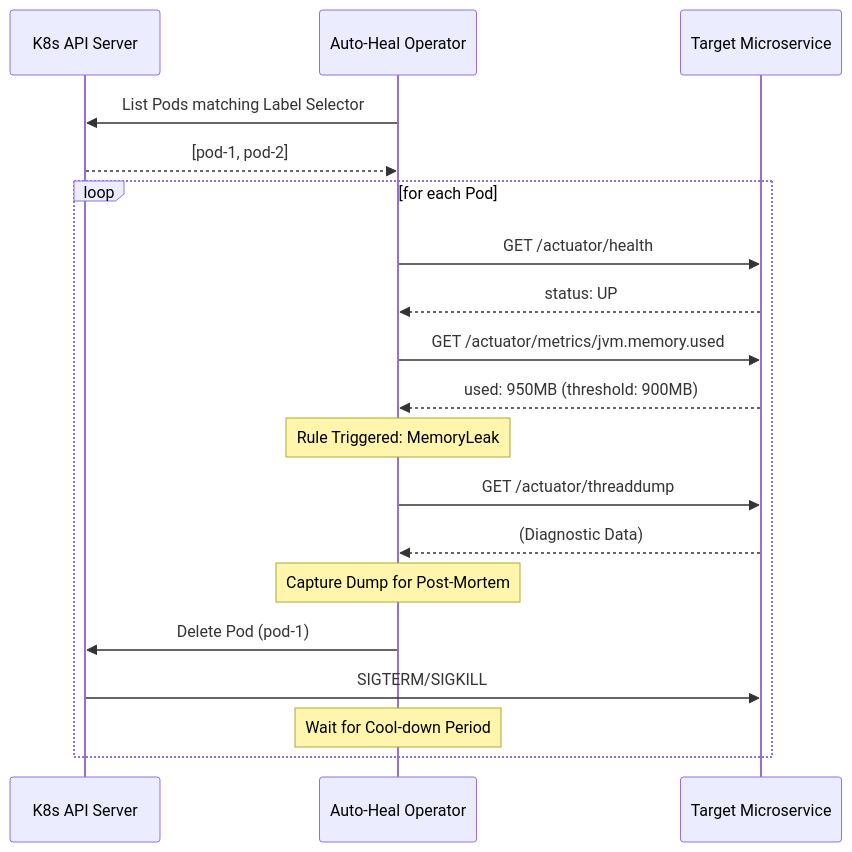
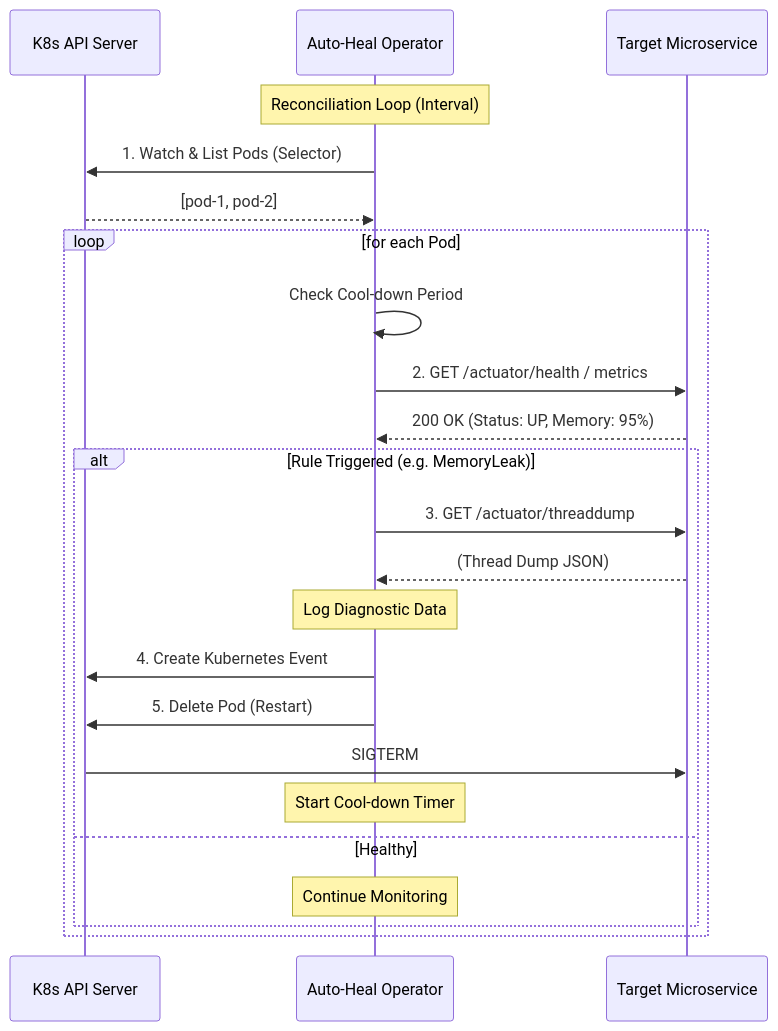
Before and after one commit to dawidbera/spring-boot-autoheal-operator: the second of 2 diagrams in README.md, drawn with Mermaid. The commit also changed other lines of this file and 2 other files, not shown here.

Commit message:
feat: integrate CI/CD, fix RBAC/CRD schemas, and update architecture diagrams

````diff
--- a/README.md
+++ b/README.md
@@ -60,25 +57,28 @@
 ```mermaid
 sequenceDiagram
     participant K8s as K8s API Server
     participant Op as Auto-Heal Operator
     participant App as Target Microservice
     
-    Op->>K8s: List Pods matching Label Selector
+    Note over Op: Reconciliation Loop (Interval)
+    Op->>K8s: 1. Watch & List Pods (Selector)
     K8s-->>Op: [pod-1, pod-2]
     
     loop for each Pod
-        Op->>App: GET /actuator/health
-        App-->>Op: status: UP
-        Op->>App: GET /actuator/metrics/jvm.memory.used
-        App-->>Op: used: 950MB (threshold: 900MB)
-        Note over Op: Rule Triggered: MemoryLeak
+        Op->>Op: Check Cool-down Period
+        Op->>App: 2. GET /actuator/health / metrics
+        App-->>Op: 200 OK (Status: UP, Memory: 95%)
         
-        Op->>App: GET /actuator/threaddump
-        App-->>Op: (Diagnostic Data)
-        Note over Op: Capture Dump for Post-Mortem
-        
-        Op->>K8s: Delete Pod (pod-1)
-        K8s->>App: SIGTERM/SIGKILL
-        Note over Op: Wait for Cool-down Period
+        alt Rule Triggered (e.g. MemoryLeak)
+            Op->>App: 3. GET /actuator/threaddump
+            App-->>Op: (Thread Dump JSON)
+            Note over Op: Log Diagnostic Data
+            Op->>K8s: 4. Create Kubernetes Event
+            Op->>K8s: 5. Delete Pod (Restart)
+            K8s->>App: SIGTERM
+            Note over Op: Start Cool-down Timer
+        else Healthy
+            Note over Op: Continue Monitoring
+        end
     end
 ```
````
